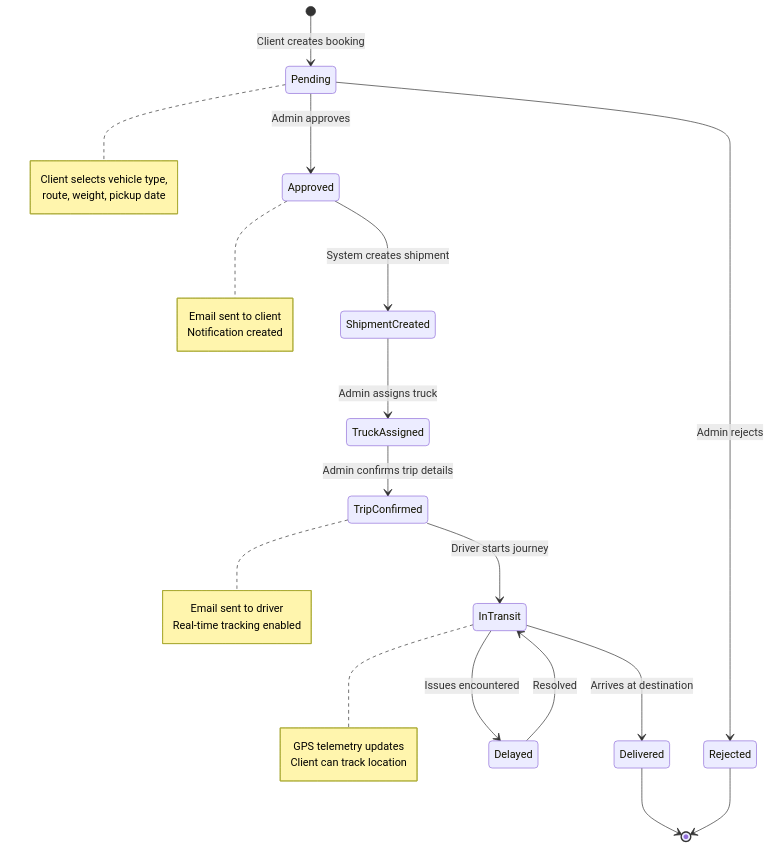
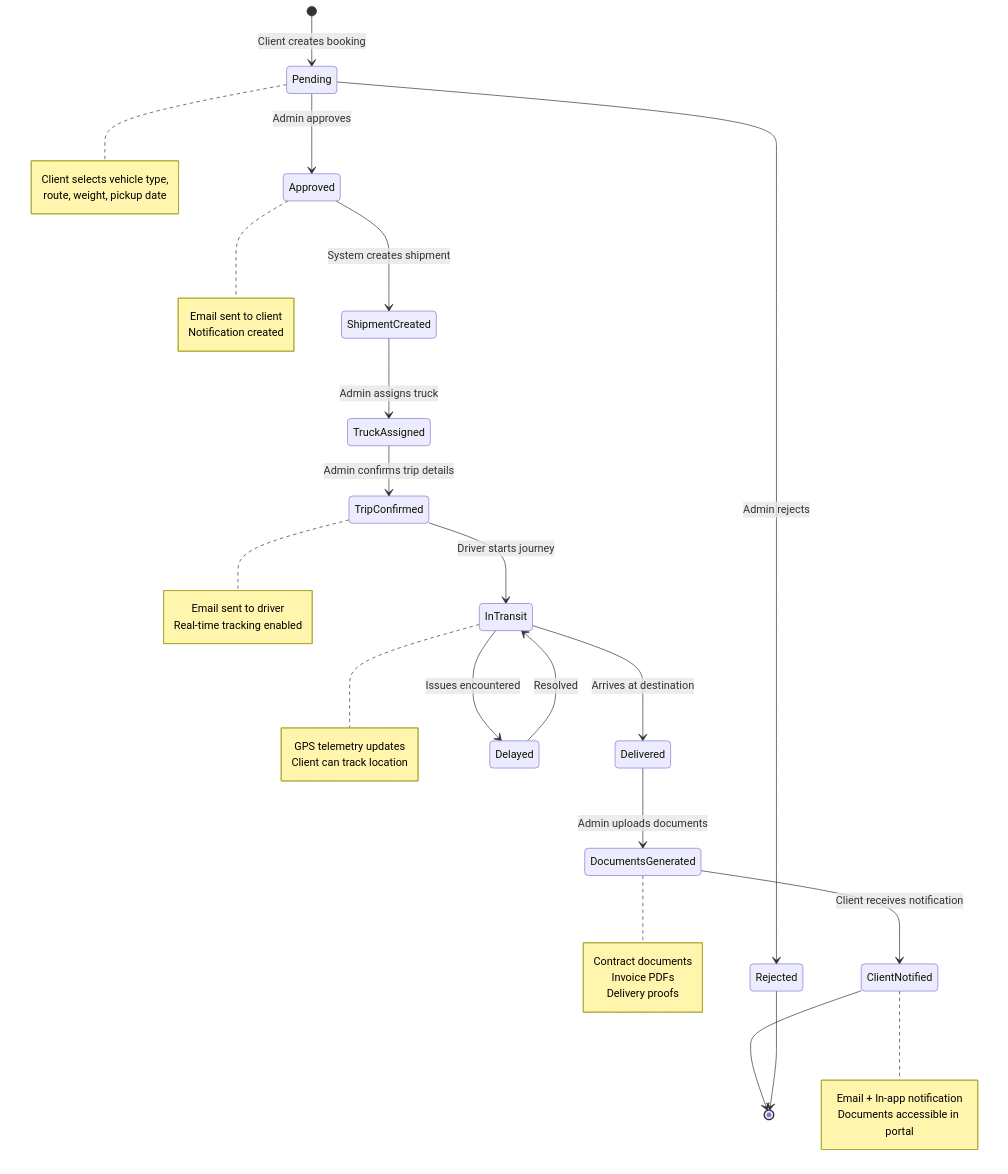
Before and after one commit to vRUN31/RTS-website: the fourth of 7 diagrams in README.md, drawn with Mermaid. The commit also changed other lines of this file and 13 other files, not shown here.

````diff
--- a/README.md
+++ b/README.md
@@ -202,35 +264,48 @@
 ```mermaid
 stateDiagram-v2
     [*] --> Pending: Client creates booking
     Pending --> Approved: Admin approves
     Pending --> Rejected: Admin rejects
     Approved --> ShipmentCreated: System creates shipment
     ShipmentCreated --> TruckAssigned: Admin assigns truck
     TruckAssigned --> TripConfirmed: Admin confirms trip details
     TripConfirmed --> InTransit: Driver starts journey
     InTransit --> Delivered: Arrives at destination
     InTransit --> Delayed: Issues encountered
     Delayed --> InTransit: Resolved
-    Delivered --> [*]
+    Delivered --> DocumentsGenerated: Admin uploads documents
+    DocumentsGenerated --> ClientNotified: Client receives notification
+    ClientNotified --> [*]
     Rejected --> [*]
     
     note right of Pending
         Client selects vehicle type,
         route, weight, pickup date
     end note
     
     note right of Approved
         Email sent to client
         Notification created
     end note
     
     note right of TripConfirmed
         Email sent to driver
         Real-time tracking enabled
     end note
     
     note right of InTransit
         GPS telemetry updates
         Client can track location
     end note
+    
+    note right of DocumentsGenerated
+        Contract documents
+        Invoice PDFs
+        Delivery proofs
+    end note
+    
+    note right of ClientNotified
+        Email + In-app notification
+        Documents accessible in portal
+    end note
 ```
````
